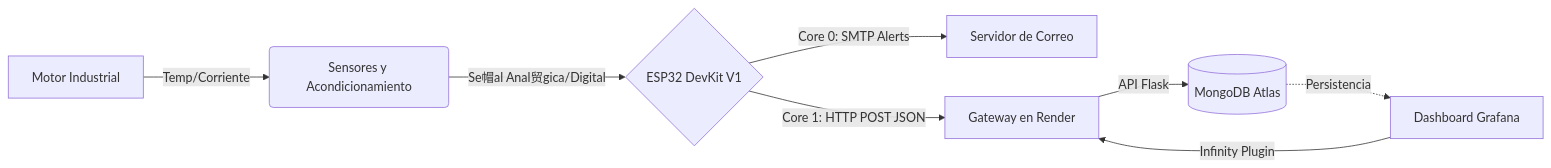
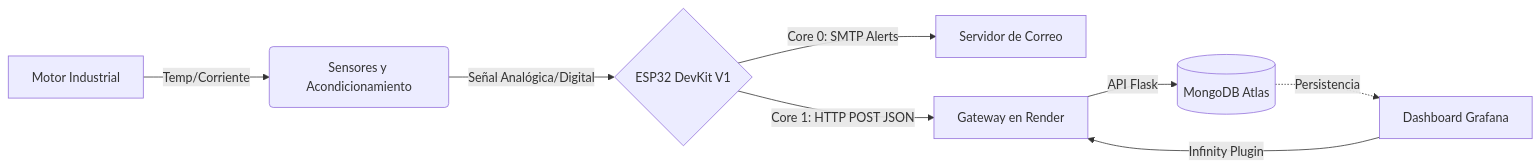
The diagram in README.md (Grajaka/IOTAdvancedPRGM), drawn with Mermaid before and after one commit. The commit also changed other lines of this file, not shown here.

````diff
--- a/README.md
+++ b/README.md
@@ -31,10 +31,10 @@
 ```mermaid
 graph LR
     A[Motor Industrial] -->|Temp/Corriente| B(Sensores y Acondicionamiento)
-    B -->|Se帽al Anal贸gica/Digital| C{ESP32 DevKit V1}
+    B -->|Señal Analógica/Digital| C{ESP32 DevKit V1}
     C -->|Core 0: SMTP Alerts| D[Servidor de Correo]
     C -->|Core 1: HTTP POST JSON| E[Gateway en Render]
     E -->|API Flask| F[(MongoDB Atlas)]
     G[Dashboard Grafana] -->|Infinity Plugin| E
     F -.->|Persistencia| G
 ```
````
